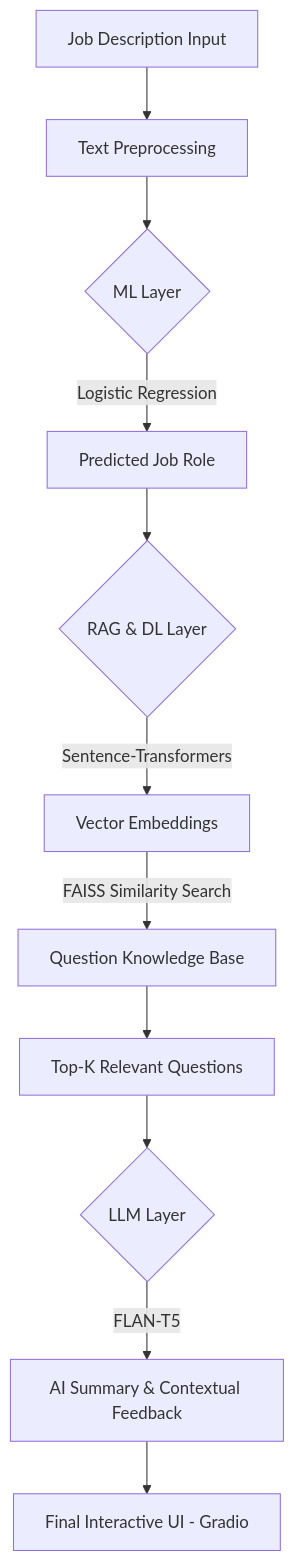
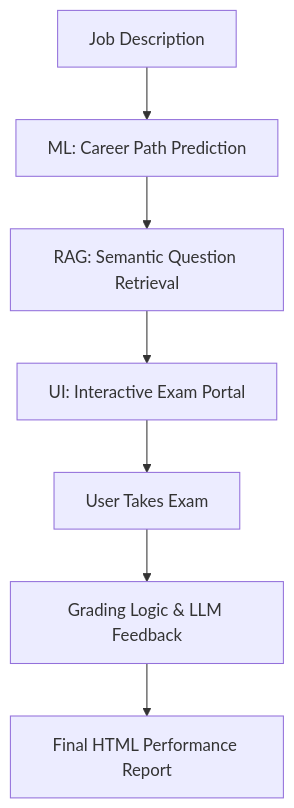
One commit to AbdelmenamAdel/Smart-AI-Interview--ML-DL-LLM-RAG- changed the diagram in README.md. Above: the diagram before and after it, drawn with Mermaid. The commit also changed other lines of this file and 1 other file, not shown here.

Commit message:
refactor: enhance system documentation and streamline interactive UI exam flow

````diff
--- a/README.md
+++ b/README.md
@@ -14,16 +22,9 @@
 ```mermaid
 graph TD
-    A[Job Description Input] --> B[Text Preprocessing]
-    B --> C{ML Layer}
-    C -->|Logistic Regression| D[Predicted Job Role]
-    
-    D --> E{RAG & DL Layer}
-    E -->|Sentence-Transformers| F[Vector Embeddings]
-    F -->|FAISS Similarity Search| G[Question Knowledge Base]
-    G --> H[Top-K Relevant Questions]
-    
-    H --> I{LLM Layer}
-    I -->|FLAN-T5| J[AI Summary & Contextual Feedback]
-    
-    J --> K[Final Interactive UI - Gradio]
+    User[Job Description] --> ML[ML: Career Path Prediction]
+    ML --> RAG[RAG: Semantic Question Retrieval]
+    RAG --> UI[UI: Interactive Exam Portal]
+    UI --> Exam[User Takes Exam]
+    Exam --> Logic[Grading Logic & LLM Feedback]
+    Logic --> Report[Final HTML Performance Report]
 ```
````
